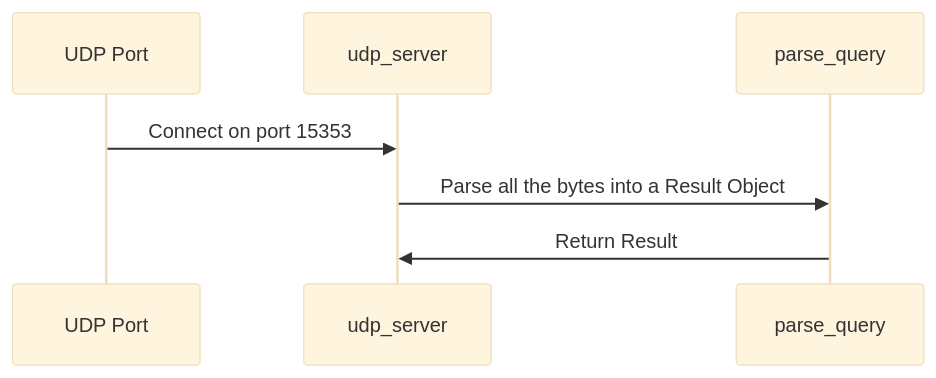
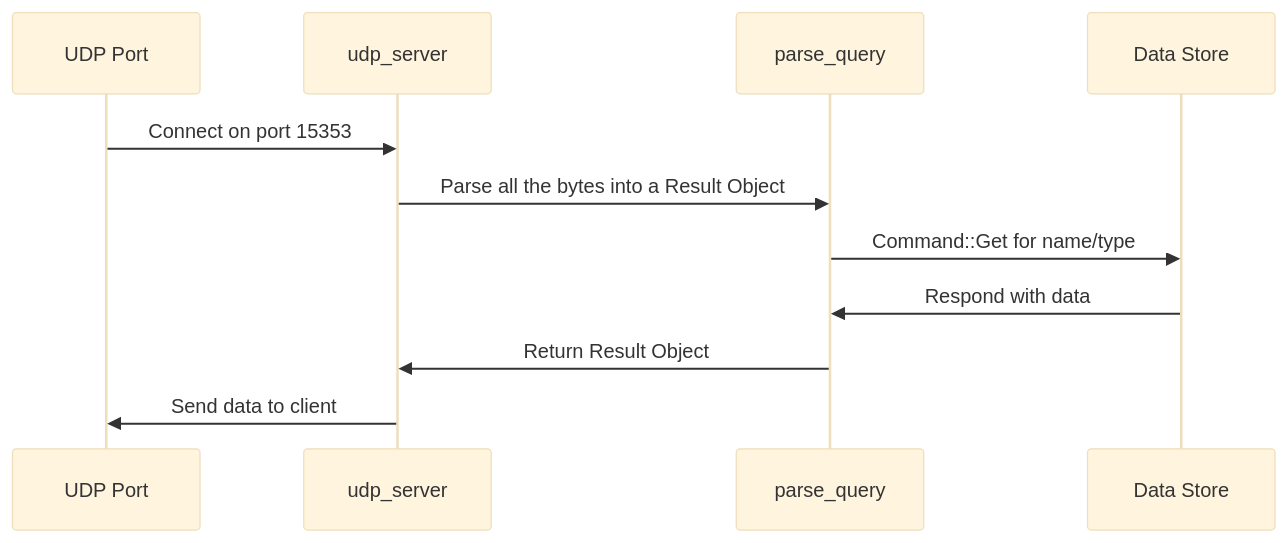
One commit to yaleman/goatns changed the diagram in docs/src/processing.md. Above: the diagram before and after it, drawn with Mermaid (base theme).

Commit message:
working on some terrible docs

````diff
--- a/docs/src/processing.md
+++ b/docs/src/processing.md
@@ -5,10 +5,14 @@
 ```mermaid
 sequenceDiagram
     participant udpport as UDP Port
     participant udpserver as udp_server
     participant parsequery as parse_query
+    participant datastore as Data Store
     udpport->>udpserver: Connect on port 15353
     udpserver->>parsequery: Parse all the bytes into a Result Object
-    parsequery->>udpserver: Return Result
+    parsequery->>datastore: Command::Get for name/type
+    datastore->>parsequery: Respond with data
+    parsequery->>udpserver: Return Result Object
+    udpserver->>udpport: Send data to client
     
 ```
````
